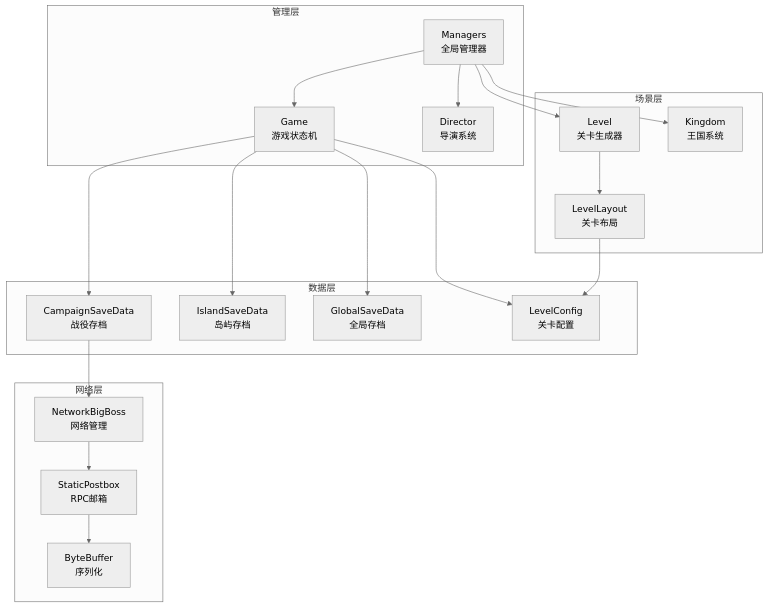
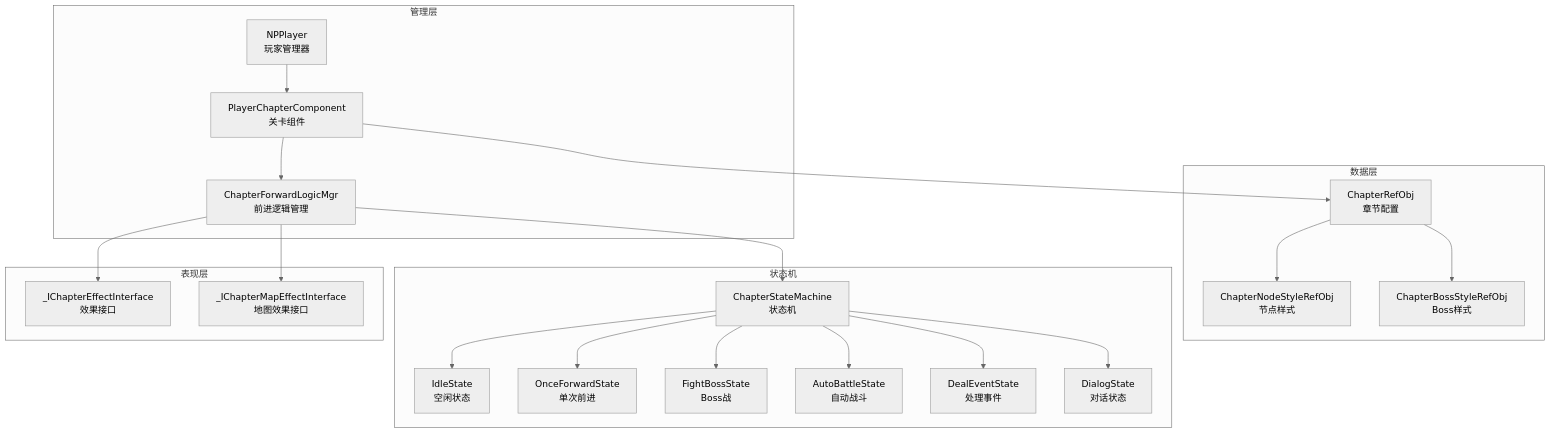
Before and after one commit to Alan-Ben/k2c_game_framework: the first of 2 diagrams in docs/Module_Chapter/03_客户端开发.md, drawn with Mermaid (neutral theme). The commit also changed other lines of this file and 6 other files, not shown here.

````diff
--- a/docs/Module_Chapter/03_客户端开发.md
+++ b/docs/Module_Chapter/03_客户端开发.md
@@ -13,44 +13,44 @@
 ```mermaid
 graph TB
     subgraph 管理层
-        A[Managers<br/>全局管理器]
-        B[Game<br/>游戏状态机]
-        C[Director<br/>导演系统]
+        A[NPPlayer<br/>玩家管理器]
+        B[PlayerChapterComponent<br/>关卡组件]
+        C[ChapterForwardLogicMgr<br/>前进逻辑管理]
     end
-    
+
     subgraph 数据层
-        D[CampaignSaveData<br/>战役存档]
-        E[IslandSaveData<br/>岛屿存档]
-        F[GlobalSaveData<br/>全局存档]
-        G[LevelConfig<br/>关卡配置]
+        D[ChapterRefObj<br/>章节配置]
+        E[ChapterNodeStyleRefObj<br/>节点样式]
+        F[ChapterBossStyleRefObj<br/>Boss样式]
     end
-    
-    subgraph 场景层
-        H[Level<br/>关卡生成器]
-        I[LevelLayout<br/>关卡布局]
-        J[Kingdom<br/>王国系统]
+
+    subgraph 状态机
+        G[ChapterStateMachine<br/>状态机]
+        H[IdleState<br/>空闲状态]
+        I[OnceForwardState<br/>单次前进]
+        J[FightBossState<br/>Boss战]
+        K[AutoBattleState<br/>自动战斗]
+        L[DealEventState<br/>处理事件]
+        M[DialogState<br/>对话状态]
     end
-    
-    subgraph 网络层
-        K[NetworkBigBoss<br/>网络管理]
-        L[StaticPostbox<br/>RPC邮箱]
-        M[ByteBuffer<br/>序列化]
+
+    subgraph 表现层
+        N[_IChapterEffectInterface<br/>效果接口]
+        O[_IChapterMapEffectInterface<br/>地图效果接口]
     end
-    
+
     A --> B
-    A --> C
-    A --> H
-    A --> J
-    
+    B --> C
     B --> D
-    B --> E
-    B --> F
-    B --> G
-    
-    D --> K
-    K --> L
-    L --> M
-    
-    H --> I
-    I --> G
+    D --> E
+    D --> F
+    C --> G
+    G --> H
+    G --> I
+    G --> J
+    G --> K
+    G --> L
+    G --> M
+    C --> N
+    C --> O
 ```
````
